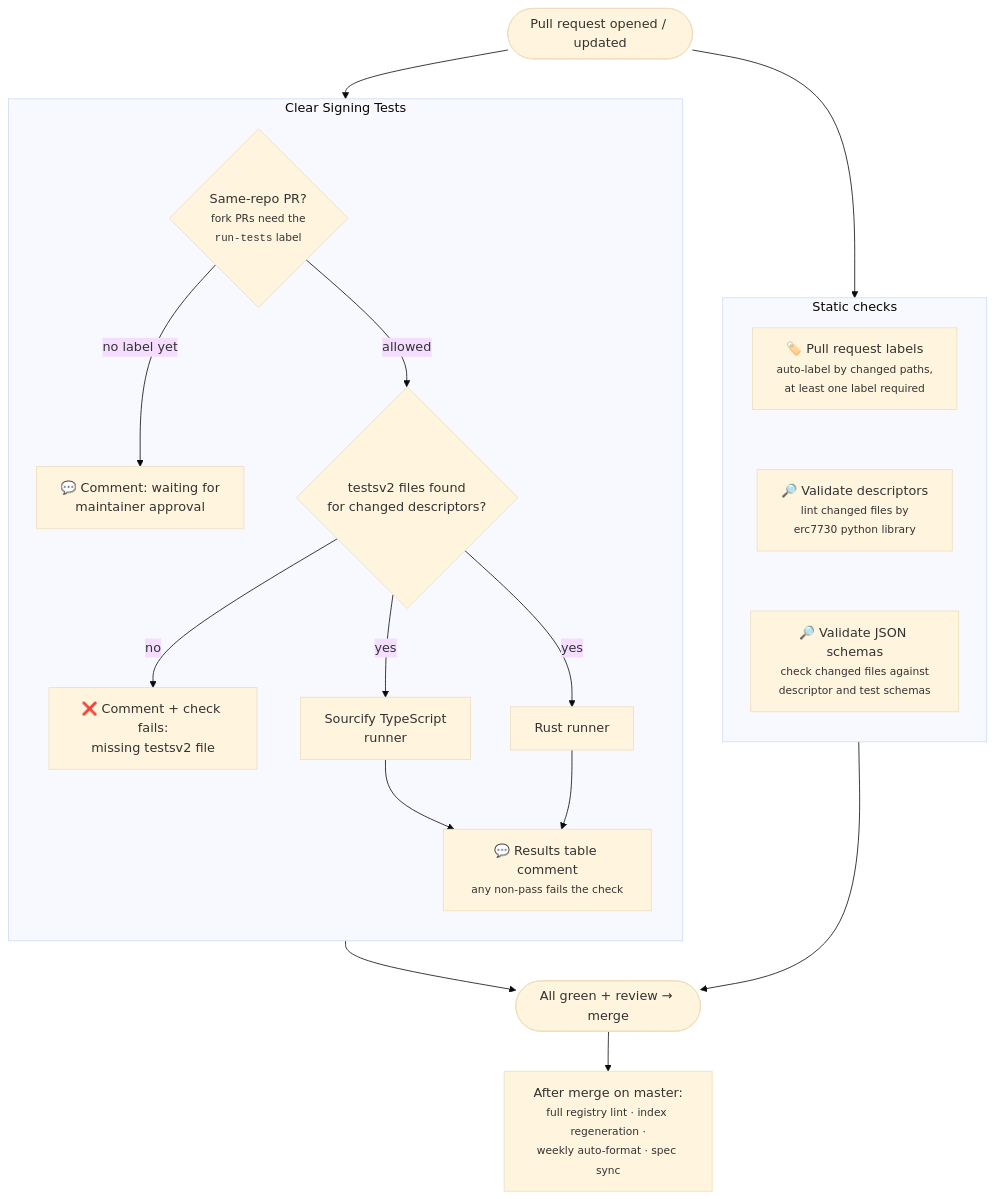
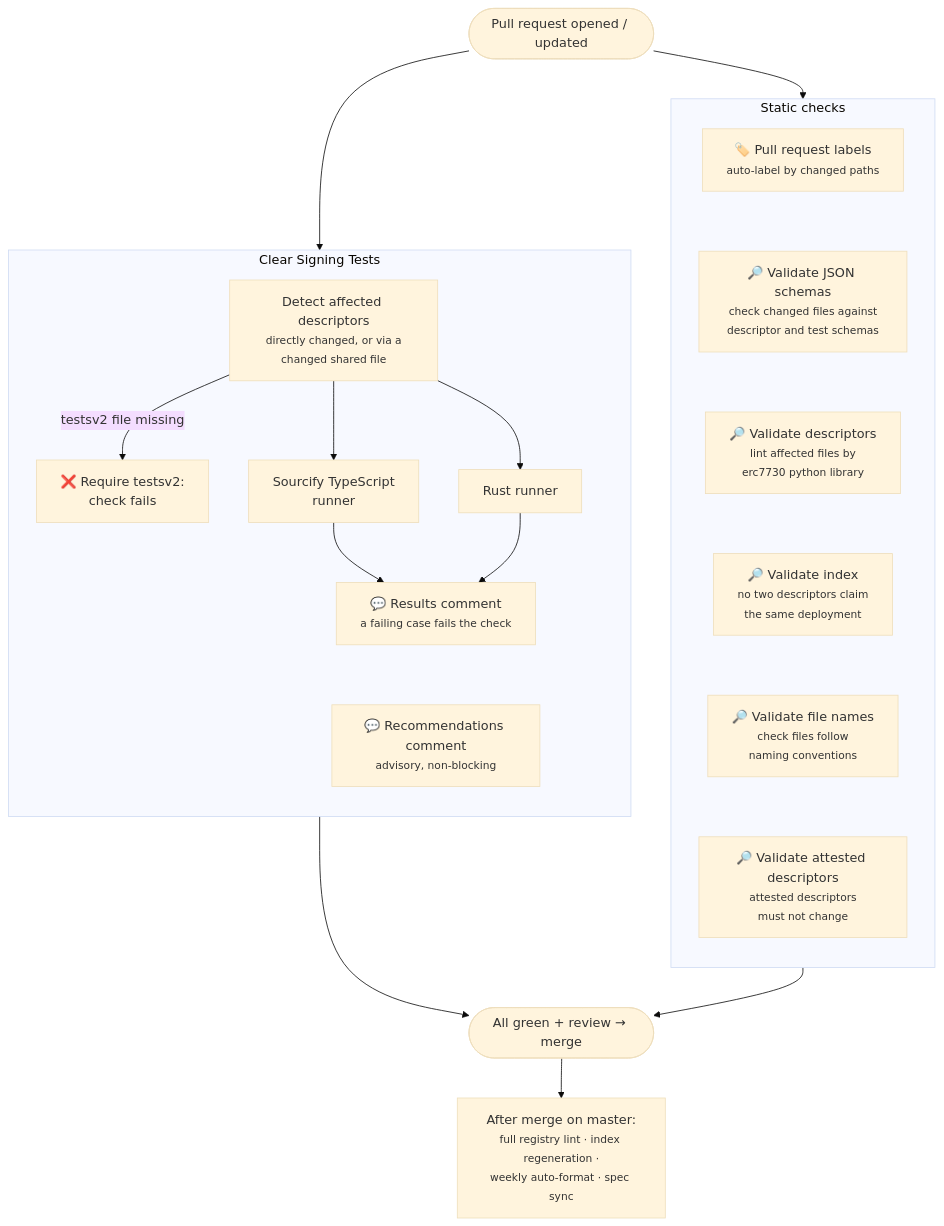
Before and after one commit to sourcifyeth/clear-signing-docs: the diagram in docs/registry/ci-checks.md, drawn with Mermaid (base theme). The commit also changed other lines of this file and 5 other files, not shown here.

````diff
--- a/docs/registry/ci-checks.md
+++ b/docs/registry/ci-checks.md
@@ -12,31 +12,32 @@
 ```mermaid
 flowchart TD
     PR([Pull request opened / updated])
 
     subgraph static ["Static checks"]
         direction TB
-        LBL["🏷️ Pull request labels<br/><small>auto-label by changed paths,<br/>at least one label required</small>"]
-        DESC["🔎 Validate descriptors<br/><small>lint changed files by<br/>erc7730 python library</small>"]
+        LBL["🏷️ Pull request labels<br/><small>auto-label by changed paths</small>"]
         SCHEMA["🔎 Validate JSON schemas<br/><small>check changed files against<br/>descriptor and test schemas</small>"]
-        LBL ~~~ DESC ~~~ SCHEMA
+        DESC["🔎 Validate descriptors<br/><small>lint affected files by<br/>erc7730 python library</small>"]
+        IDX["🔎 Validate index<br/><small>no two descriptors claim<br/>the same deployment</small>"]
+        NAMES["🔎 Validate file names<br/><small>check files follow<br/>naming conventions</small>"]
+        ATT["🔎 Validate attested descriptors<br/><small>attested descriptors<br/>must not change</small>"]
+        LBL ~~~ SCHEMA ~~~ DESC ~~~ IDX ~~~ NAMES ~~~ ATT
     end
 
     subgraph tests ["Clear Signing Tests"]
         direction TB
-        GATE{"Same-repo PR?<br/><small>fork PRs need the<br/><code>run-tests</code> label</small>"}
-        GATE -- "no label yet" --> WAIT["💬 Comment: waiting for<br/>maintainer approval"]
-        GATE -- "allowed" --> DETECT{"testsv2 files found<br/>for changed descriptors?"}
-        DETECT -- "no" --> MISSING["❌ Comment + check fails:<br/>missing testsv2 file"]
-        DETECT -- "yes" --> RUNTS["Sourcify TypeScript<br/>runner"]
-        DETECT -- "yes" --> RUNRS["Rust runner"]
-        RUNTS --> RESULTS["💬 Results table comment<br/><small>any non-pass fails the check</small>"]
+        DETECT["Detect affected descriptors<br/><small>directly changed, or via a<br/>changed shared file</small>"]
+        DETECT -- "testsv2 file missing" --> MISSING["❌ Require testsv2:<br/>check fails"]
+        DETECT --> RUNTS["Sourcify TypeScript<br/>runner"]
+        DETECT --> RUNRS["Rust runner"]
+        RUNTS --> RESULTS["💬 Results comment<br/><small>a failing case fails the check</small>"]
         RUNRS --> RESULTS
+        RESULTS ~~~ REC["💬 Recommendations comment<br/><small>advisory, non-blocking</small>"]
     end
 
     PR --> LBL
-    PR --> GATE
+    PR --> DETECT
     RESULTS --> MERGE([All green + review → merge])
-    SCHEMA ~~~ MERGE
     static --> MERGE
     MERGE --> POST["After merge on master:<br/><small>full registry lint · index regeneration ·<br/>weekly auto-format · spec sync</small>"]
 ```
````
